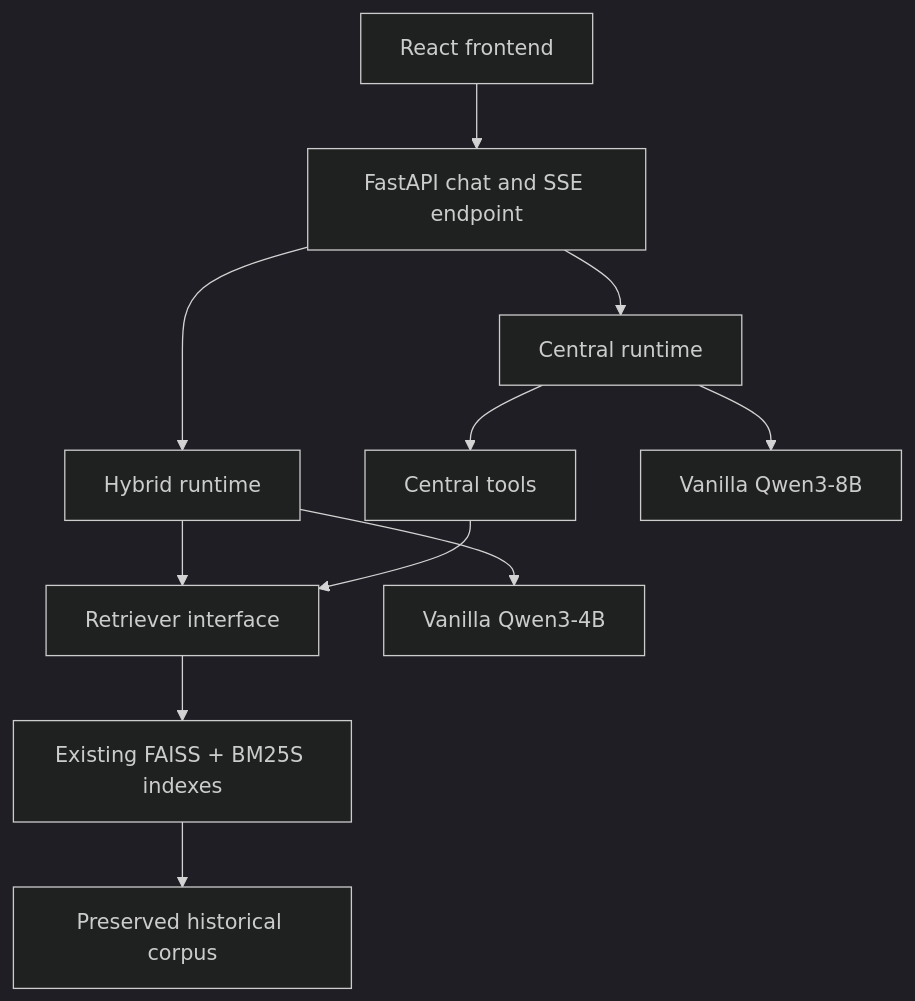
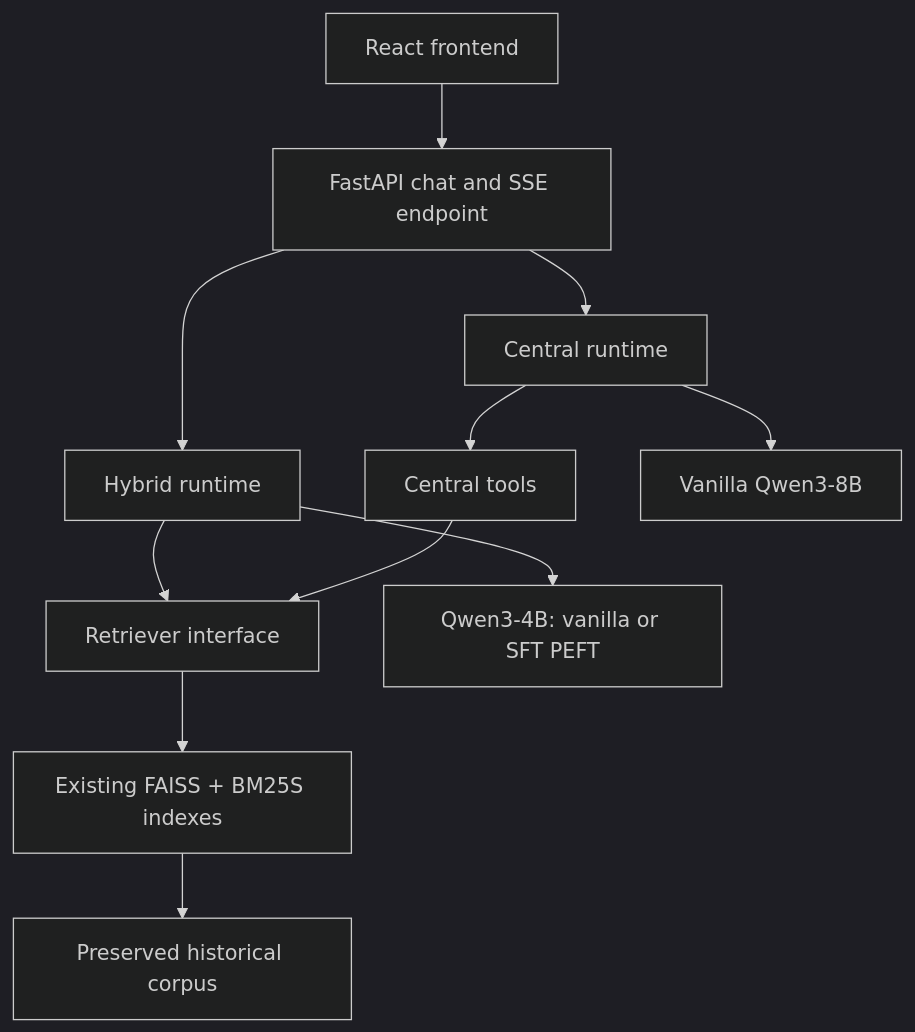
The diagram in docs/ARCHITECTURE.md (ChuTungDuongg/Chatbot_answering_vietnamese_history), drawn with Mermaid (dark theme) before and after one commit. The commit also changed other lines of this file and 23 other files, not shown here.

````diff
--- a/docs/ARCHITECTURE.md
+++ b/docs/ARCHITECTURE.md
@@ -5,13 +5,13 @@
 ```mermaid
 flowchart TD
     UI[React frontend] --> API[FastAPI chat and SSE endpoint]
     API --> H[Hybrid runtime]
     API --> C[Central runtime]
     H --> R[Retriever interface]
     C --> T[Central tools]
     T --> R
     R --> I[Existing FAISS + BM25S indexes]
     I --> D[Preserved historical corpus]
-    H --> Q4[Vanilla Qwen3-4B]
+    H --> Q4[Qwen3-4B: vanilla or SFT PEFT]
     C --> Q8[Vanilla Qwen3-8B]
 ```
````
